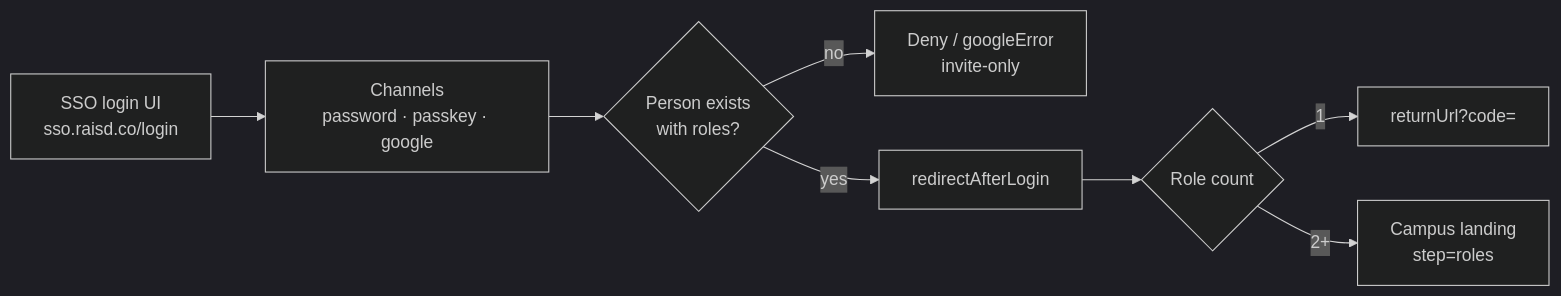
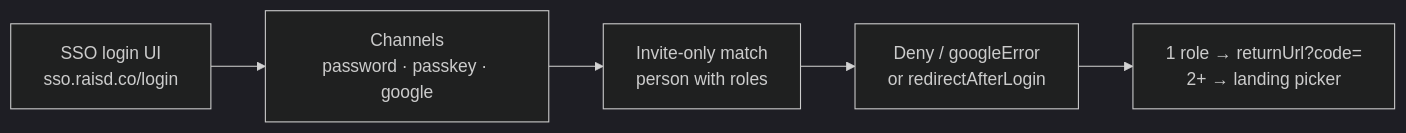
The diagram in diagrams/sso/mermaid/02-login-channels.mmd (raisd-campus/portal-api-docs), drawn with Mermaid (dark theme) before and after one commit. The commit also changed 8 other files, not shown here.

Commit message:
Mirror single-row left-to-right SSO architecture diagrams.

```diff
--- a/diagrams/sso/mermaid/02-login-channels.mmd
+++ b/diagrams/sso/mermaid/02-login-channels.mmd
@@ -1,9 +1,6 @@
 flowchart LR
-  LOGIN["SSO login UI<br/>sso.raisd.co/login"]
-  --> CH["Channels<br/>password · passkey · google"]
-  --> MATCH{Person exists<br/>with roles?}
-  MATCH -->|no| DENY["Deny / googleError<br/>invite-only"]
-  MATCH -->|yes| CONT["redirectAfterLogin"]
-  --> ONE{Role count}
-  ONE -->|1| CODE["returnUrl?code="]
-  ONE -->|2+| PICK["Campus landing<br/>step=roles"]
+  LOGIN[SSO login UI<br/>sso.raisd.co/login]
+  --> CH[Channels<br/>password · passkey · google]
+  --> MATCH[Invite-only match<br/>person with roles]
+  --> BRANCH[Deny / googleError<br/>or redirectAfterLogin]
+  --> OUT[1 role → returnUrl?code=<br/>2+ → landing picker]
```
